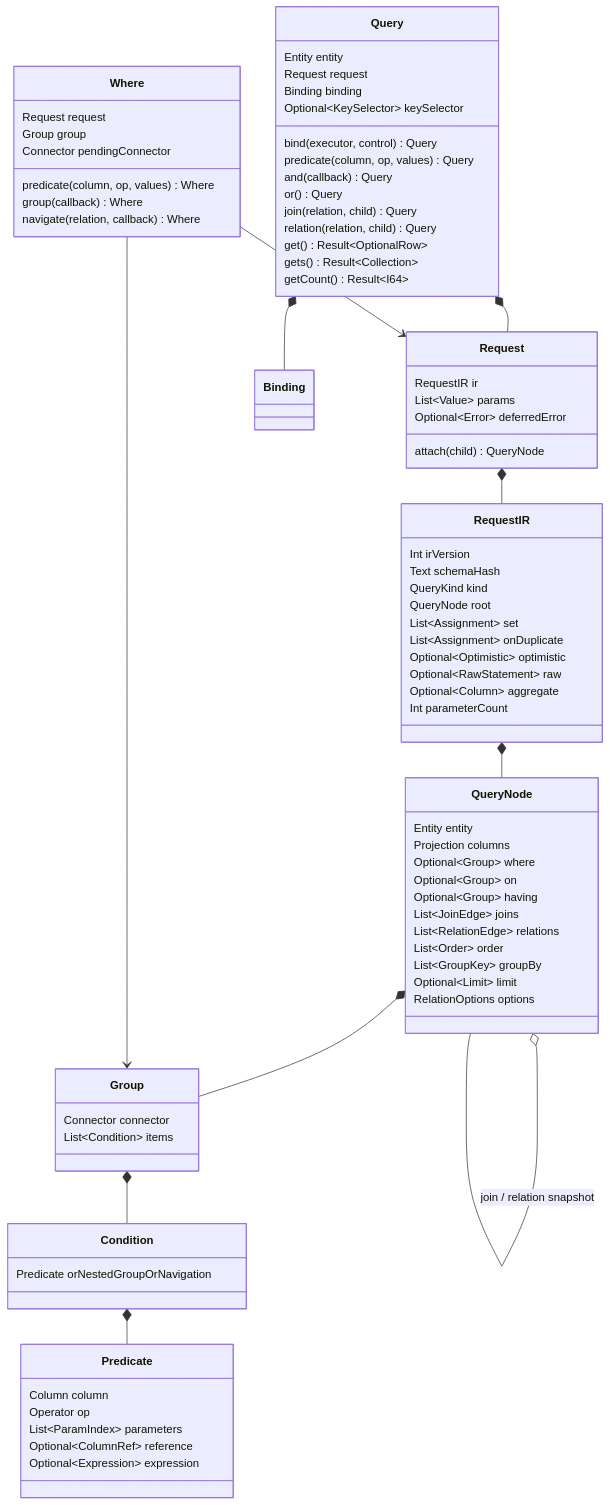
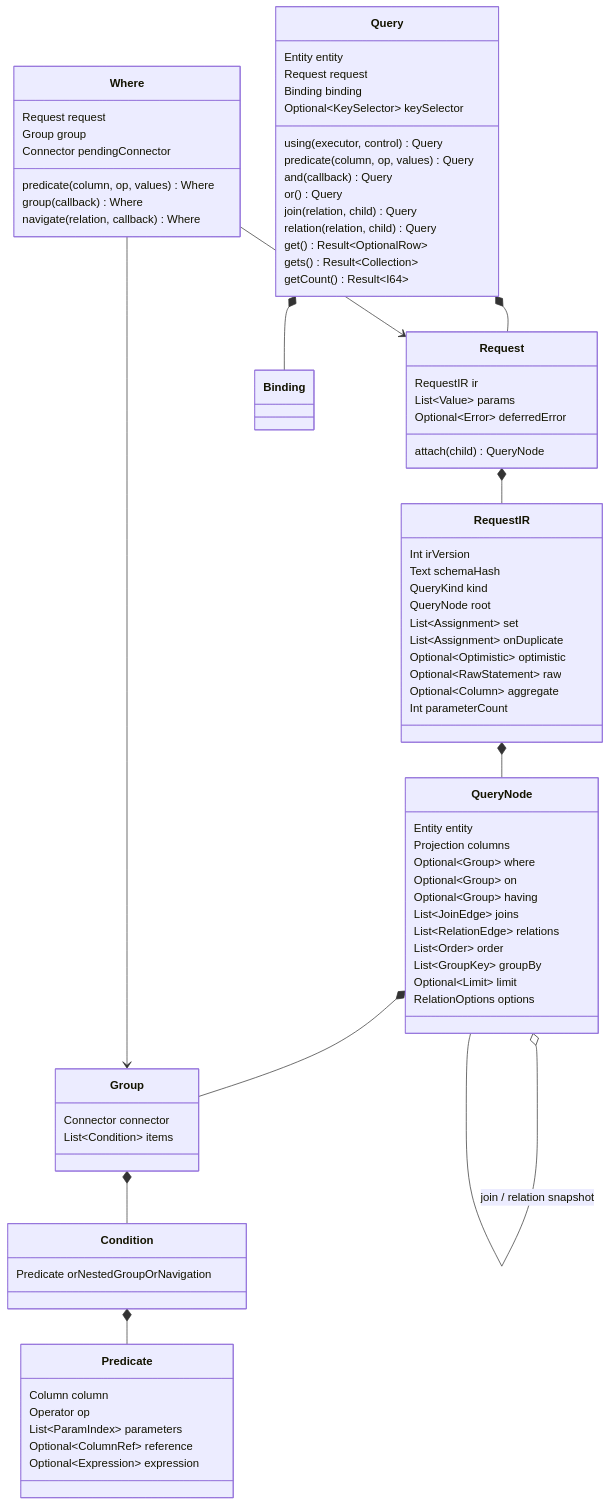
One commit to polyspec/orm changed the second of 9 diagrams in docs/interfaces.md. Above: the diagram before and after it, drawn with Mermaid. The commit also changed other lines of this file and 67 other files, not shown here.

````diff
--- a/docs/interfaces.md
+++ b/docs/interfaces.md
@@ -76,81 +76,81 @@
 ```mermaid
 classDiagram
     class Query {
         Entity entity
         Request request
         Binding binding
         Optional~KeySelector~ keySelector
-        bind(executor, control) Query
+        using(executor, control) Query
         predicate(column, op, values) Query
         and(callback) Query
         or() Query
         join(relation, child) Query
         relation(relation, child) Query
         get() Result~OptionalRow~
         gets() Result~Collection~
         getCount() Result~I64~
     }
     class Request {
         RequestIR ir
         List~Value~ params
         Optional~Error~ deferredError
         attach(child) QueryNode
     }
     class RequestIR {
         Int irVersion
         Text schemaHash
         QueryKind kind
         QueryNode root
         List~Assignment~ set
         List~Assignment~ onDuplicate
         Optional~Optimistic~ optimistic
         Optional~RawStatement~ raw
         Optional~Column~ aggregate
         Int parameterCount
     }
     class QueryNode {
         Entity entity
         Projection columns
         Optional~Group~ where
         Optional~Group~ on
         Optional~Group~ having
         List~JoinEdge~ joins
         List~RelationEdge~ relations
         List~Order~ order
         List~GroupKey~ groupBy
         Optional~Limit~ limit
         RelationOptions options
     }
     class Where {
         Request request
         Group group
         Connector pendingConnector
         predicate(column, op, values) Where
         group(callback) Where
         navigate(relation, callback) Where
     }
     class Group {
         Connector connector
         List~Condition~ items
     }
     class Condition {
         Predicate orNestedGroupOrNavigation
     }
     class Predicate {
         Column column
         Operator op
         List~ParamIndex~ parameters
         Optional~ColumnRef~ reference
         Optional~Expression~ expression
     }
     Query *-- Request
     Query *-- Binding
     Request *-- RequestIR
     RequestIR *-- QueryNode
     QueryNode *-- Group
     QueryNode o-- QueryNode : join / relation snapshot
     Where --> Request
     Where --> Group
     Group *-- Condition
     Condition *-- Predicate
 ```
````
